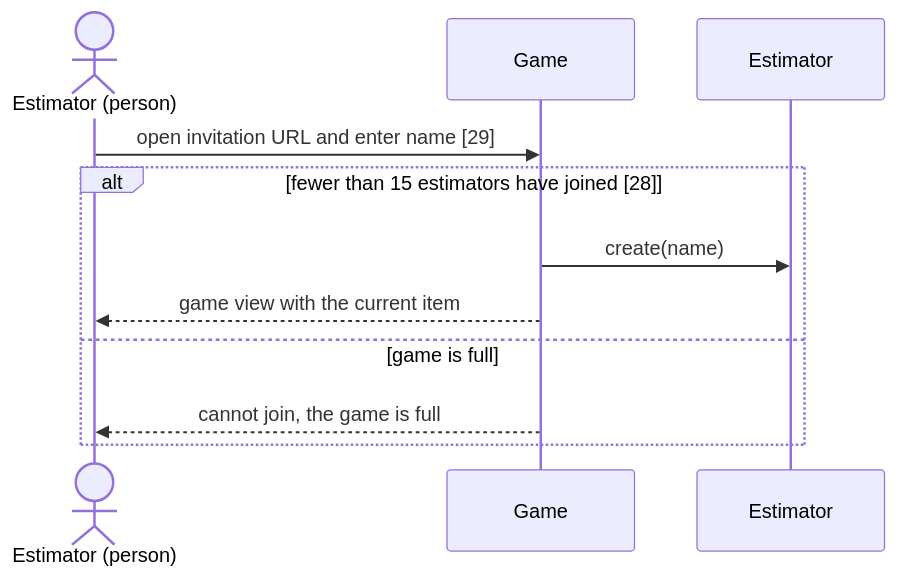
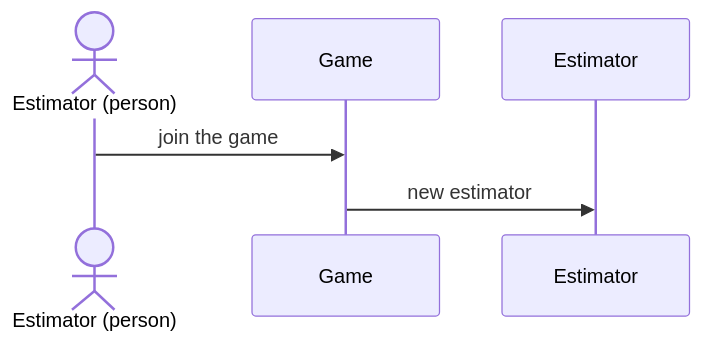
Before and after one commit to grumartin/user-story-domain-model-datasets: the diagram in 4_gold_standard_sequence_diagrams/planningpoker/sd2_join_game.mmd, drawn with Mermaid. The commit also changed 151 other files, not shown here.

Commit message:
Adapt domain models to revised gold and silver standard & Create Sequence Diagrams for all Projects (#2)

```diff
--- a/4_gold_standard_sequence_diagrams/planningpoker/sd2_join_game.mmd
+++ b/4_gold_standard_sequence_diagrams/planningpoker/sd2_join_game.mmd
@@ -1,15 +1,12 @@
 sequenceDiagram
     %% SD2 - Join a game
-    %% Stories: 28, 29
-    %% Description: An estimator opens the invitation URL and joins with a name, unless 15 estimators have already joined.
+    %% Stories: 29
+    %% Description: An estimator joins the game through the invitation URL by entering a name.
+    %% direct EP->G: joining the game creates the estimator
     actor EP as Estimator (person)
     participant G as Game
     participant E as Estimator
 
-    EP->>G: open invitation URL and enter name [29]
-    alt fewer than 15 estimators have joined [28]
-        G->>E: create(name)
-        G-->>EP: game view with the current item
-    else game is full
-        G-->>EP: cannot join, the game is full
-    end
+    %% covers 29
+    EP->>G: join the game
+    G->>E: new estimator
```
